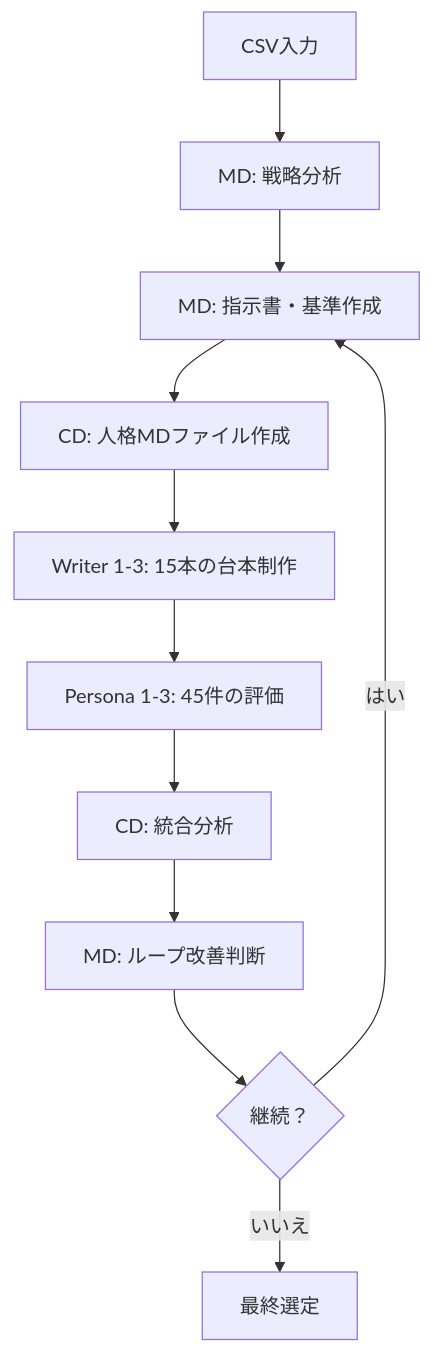
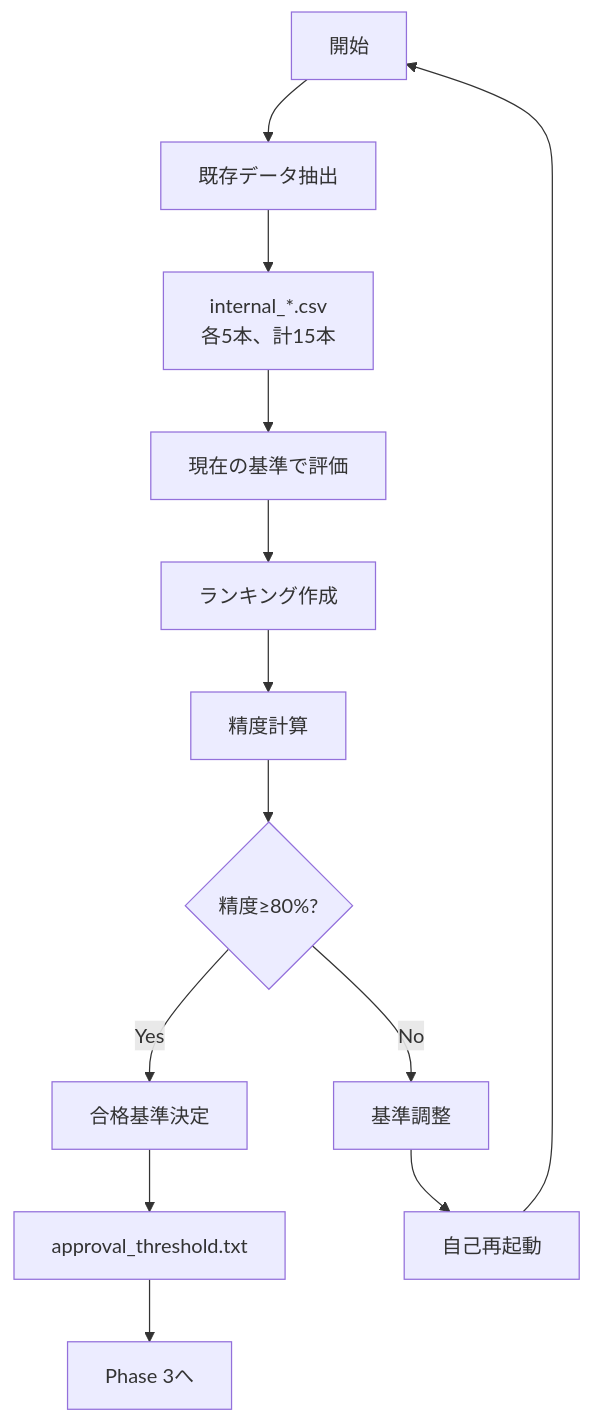
One commit to senjinshuji/daihon-workflow changed the third of 4 diagrams in CLAUDE.md. Above: the diagram before and after it, drawn with Mermaid. The commit also changed other lines of this file and 316 other files, not shown here.

````diff
--- a/CLAUDE.md
+++ b/CLAUDE.md
@@ -120,13 +123,15 @@
 ```mermaid
-flowchart TD
-    A[CSV入力] --> B[MD: 戦略分析]
-    B --> C[MD: 指示書・基準作成]
-    C --> D[CD: 人格MDファイル作成]
-    D --> E[Writer 1-3: 15本の台本制作]
-    E --> F[Persona 1-3: 45件の評価]
-    F --> G[CD: 統合分析]
-    G --> H[MD: ループ改善判断]
-    H --> I{継続？}
-    I -->|はい| C
-    I -->|いいえ| J[最終選定]
+graph TB
+    A[開始] --> B[既存データ抽出]
+    B --> C[internal_*.csv<br/>各5本、計15本]
+    C --> D[現在の基準で評価]
+    D --> E[ランキング作成]
+    E --> F[精度計算]
+    F --> G{精度≥80%?}
+    G -->|Yes| H[合格基準決定]
+    H --> I[approval_threshold.txt]
+    I --> J[Phase 3へ]
+    G -->|No| K[基準調整]
+    K --> L[自己再起動]
+    L --> A
 ```
````
